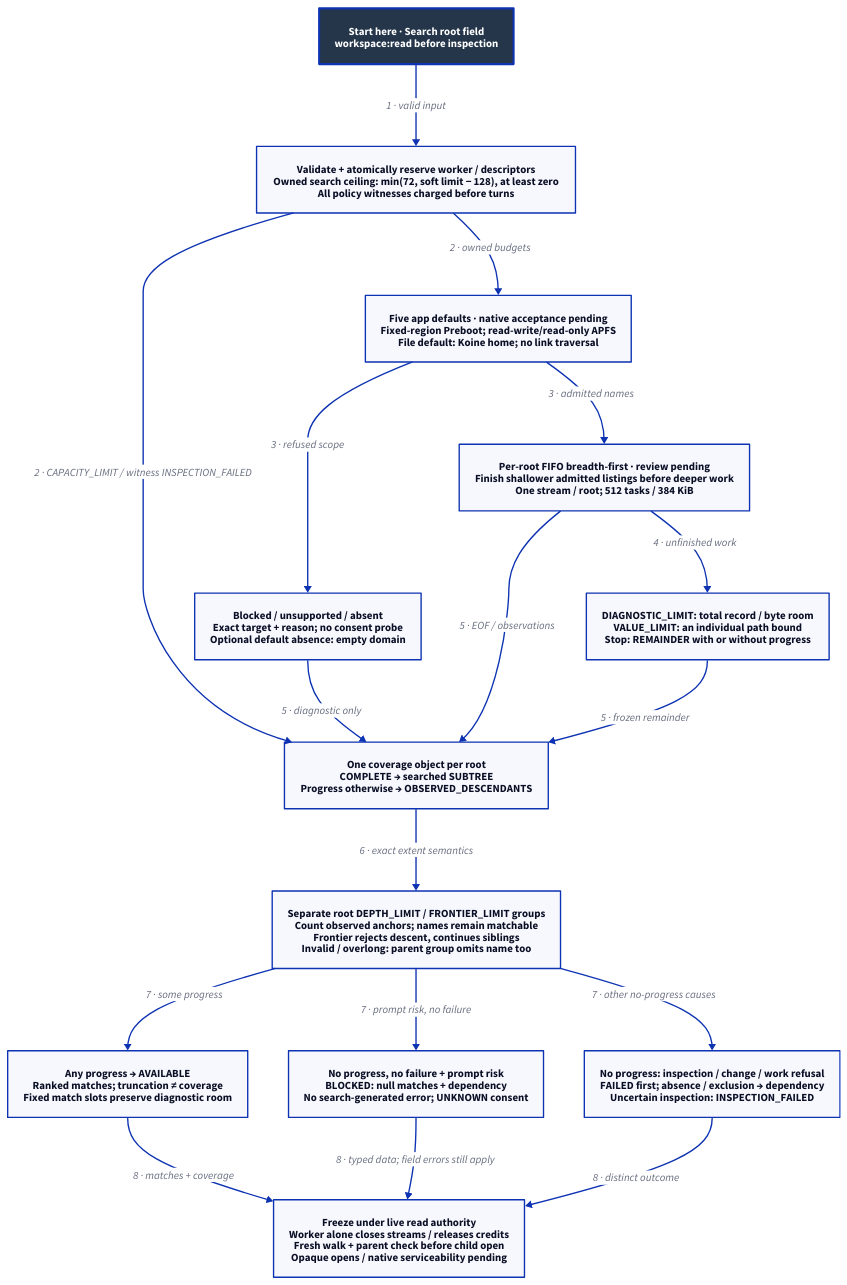
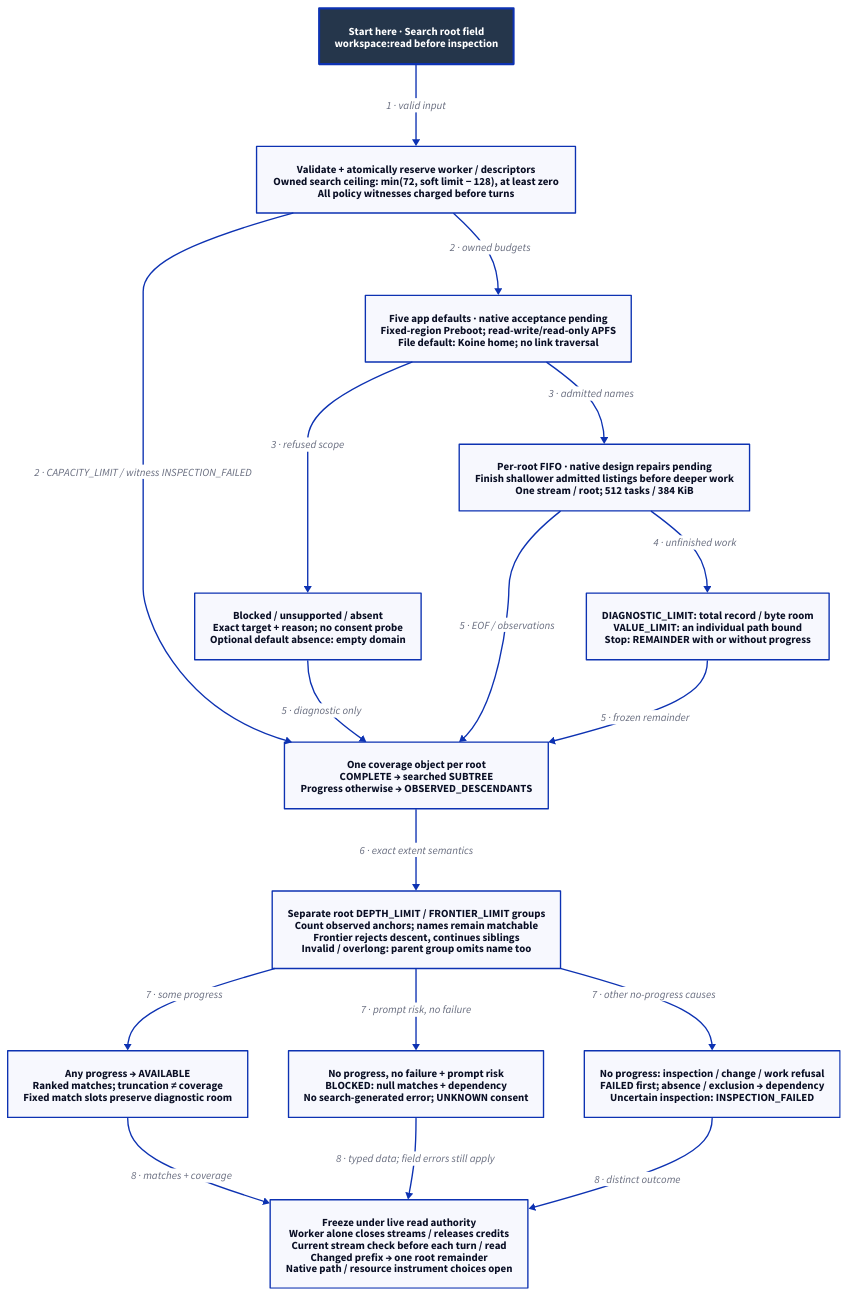
Before and after one commit to Linkuistics/Koine: the diagram in docs/design/architecture/search-coverage.d2, drawn with D2. The commit also changed 24 other files, not shown here.

Commit message:
search-traversal-k107: integrate traversal review repairs and externalize native path/resource designs before planning

```diff
--- a/docs/design/architecture/search-coverage.d2
+++ b/docs/design/architecture/search-coverage.d2
@@ -1,33 +1,33 @@
 # Designed flow; arrows show order/guards, not checked temporal guarantees.
 direction: down
 classes: {
   start: {style: {fill: "#25364B"; font-color: "#FFFFFF"; bold: true; stroke-width: 3}}
 }
 Start: "Start here · Search root field\nworkspace:read before inspection" {class: start}
 Reserve: "Validate + atomically reserve worker / descriptors\nOwned search ceiling: min(72, soft limit − 128), at least zero\nAll policy witnesses charged before turns"
 Admission: "Five app defaults · native acceptance pending\nFixed-region Preboot; read-write/read-only APFS\nFile default: Koine home; no link traversal"
 Skip: "Blocked / unsupported / absent\nExact target + reason; no consent probe\nOptional default absence: empty domain"
-Scan: "Per-root FIFO breadth-first · review pending\nFinish shallower admitted listings before deeper work\nOne stream / root; 512 tasks / 384 KiB"
+Scan: "Per-root FIFO · native design repairs pending\nFinish shallower admitted listings before deeper work\nOne stream / root; 512 tasks / 384 KiB"
 Bounds: "DIAGNOSTIC_LIMIT: total record / byte room\nVALUE_LIMIT: an individual path bound\nStop: REMAINDER with or without progress"
 Coverage: "One coverage object per root\nCOMPLETE → searched SUBTREE\nProgress otherwise → OBSERVED_DESCENDANTS"
 Groups: "Separate root DEPTH_LIMIT / FRONTIER_LIMIT groups\nCount observed anchors; names remain matchable\nFrontier rejects descent, continues siblings\nInvalid / overlong: parent group omits name too"
 Available: "Any progress → AVAILABLE\nRanked matches; truncation ≠ coverage\nFixed match slots preserve diagnostic room"
 Blocked: "No progress, no failure + prompt risk\nBLOCKED: null matches + dependency\nNo search-generated error; UNKNOWN consent"
 Other: "No progress: inspection / change / work refusal\nFAILED first; absence / exclusion → dependency\nUncertain inspection: INSPECTION_FAILED"
-Publish: "Freeze under live read authority\nWorker alone closes streams / releases credits\nFresh walk + parent check before child open\nOpaque opens / native serviceability pending"
+Publish: "Freeze under live read authority\nWorker alone closes streams / releases credits\nCurrent stream check before each turn / read\nChanged prefix → one root remainder\nNative path / resource instrument choices open"
 Start -> Reserve: "1 · valid input"
 Reserve -> Admission: "2 · owned budgets"
 Reserve -> Coverage: "2 · CAPACITY_LIMIT / witness INSPECTION_FAILED"
 Admission -> Skip: "3 · refused scope"
 Admission -> Scan: "3 · admitted names"
 Scan -> Bounds: "4 · unfinished work"
 Skip -> Coverage: "5 · diagnostic only"
 Scan -> Coverage: "5 · EOF / observations"
 Bounds -> Coverage: "5 · frozen remainder"
 Coverage -> Groups: "6 · exact extent semantics"
 Groups -> Available: "7 · some progress"
 Groups -> Blocked: "7 · prompt risk, no failure"
 Groups -> Other: "7 · other no-progress causes"
 Available -> Publish: "8 · matches + coverage"
 Blocked -> Publish: "8 · typed data; field errors still apply"
 Other -> Publish: "8 · distinct outcome"
```
